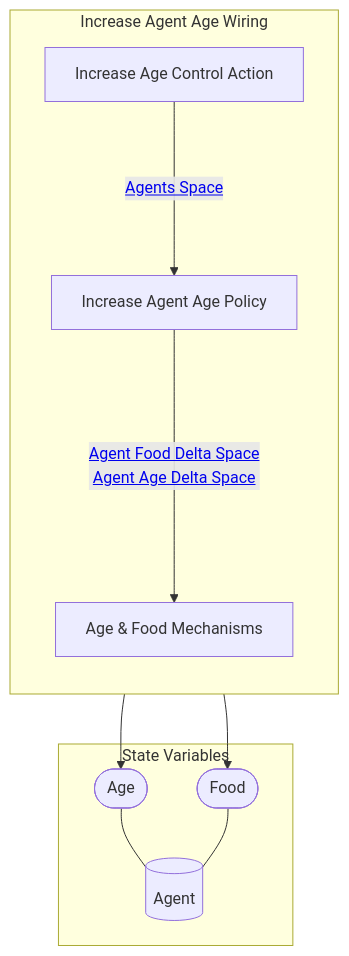
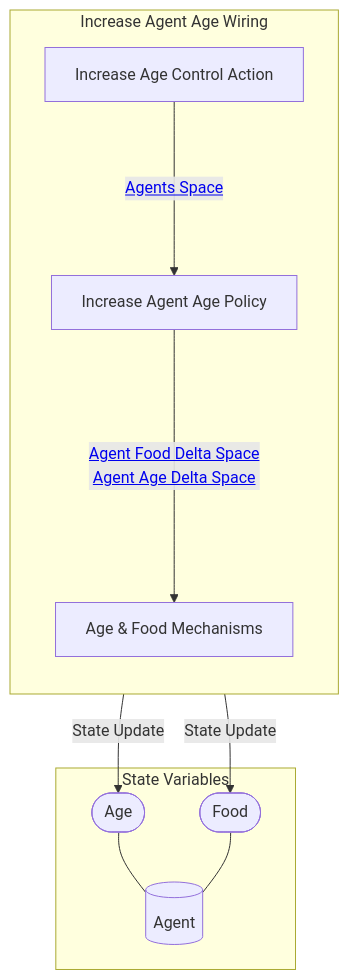
The first of 2 diagrams in reports/obsidian/Wiring/Increase Agent Age Wiring.md (BlockScience/Predator-Prey-MSML), drawn with Mermaid before and after one commit. The commit also changed other lines of this file and 35 other files, not shown here.

````diff
--- a/reports/obsidian/Wiring/Increase Agent Age Wiring.md
+++ b/reports/obsidian/Wiring/Increase Agent Age Wiring.md
@@ -4,28 +4,28 @@
 ```mermaid
 graph TB
 
 subgraph SVS["State Variables"]
 EE0[("Agent")]
 EES0(["Age"])
 EES0 --- EE0
 EES1(["Food"])
 EES1 --- EE0
 end
 
 subgraph X4["Increase Agent Age Wiring"]
 direction TB
 X1["Increase Age Control Action"]
 X2["Increase Agent Age Policy"]
 X3["Age & Food Mechanisms"]
-X3 --> EES0
-X3 --> EES1
+X3 --"State Update"--> EES0
+X3 --"State Update"--> EES1
 X1--"<a href='Agents Space' class=internal-link>Agents Space</a>"--->X2
 X2--"<a href='Agent Food Delta Space' class=internal-link>Agent Food Delta Space</a>
 <a href='Agent Age Delta Space' class=internal-link>Agent Age Delta Space</a>"---->X3
 end
 class X1 internal-link;
 class X2 internal-link;
 class X3 internal-link;
 class EE0 internal-link;
 
 ```
````
